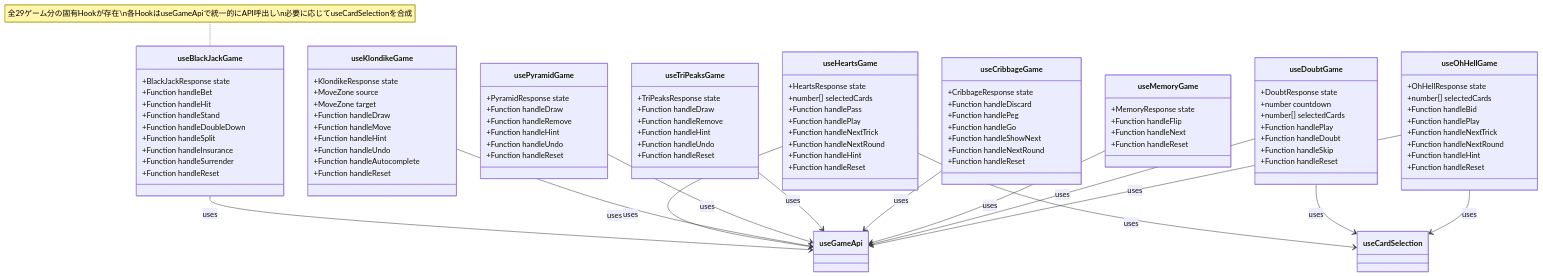
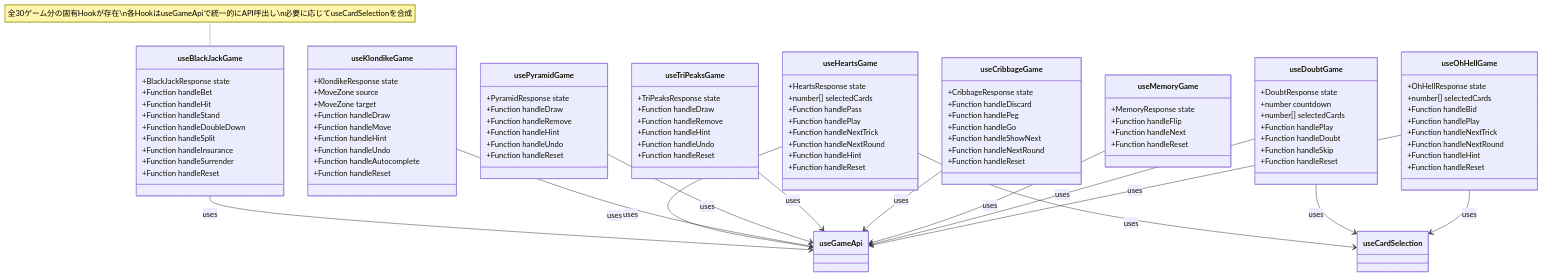
The fifth of 21 diagrams in docs/design/frontend.md (yuta-yoshinaga/go_trumpcards), drawn with Mermaid before and after one commit. The commit also changed other lines of this file and 52 other files, not shown here.

````diff
--- a/docs/design/frontend.md
+++ b/docs/design/frontend.md
@@ -666,5 +676,5 @@
     useOhHellGame --> useGameApi : uses
     useOhHellGame --> useCardSelection : uses
 
-    note for useBlackJackGame "全29ゲーム分の固有Hookが存在\n各HookはuseGameApiで統一的にAPI呼出し\n必要に応じてuseCardSelectionを合成"
+    note for useBlackJackGame "全30ゲーム分の固有Hookが存在\n各HookはuseGameApiで統一的にAPI呼出し\n必要に応じてuseCardSelectionを合成"
 ```
````
